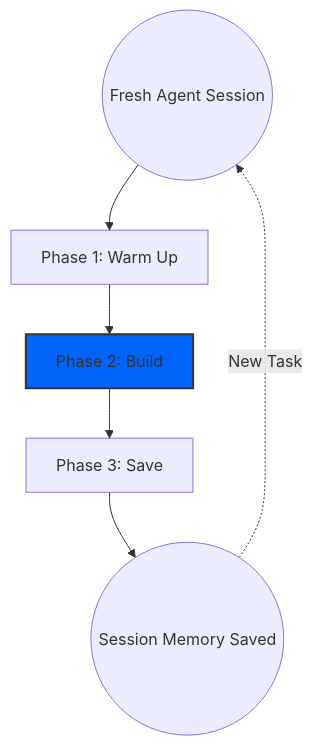
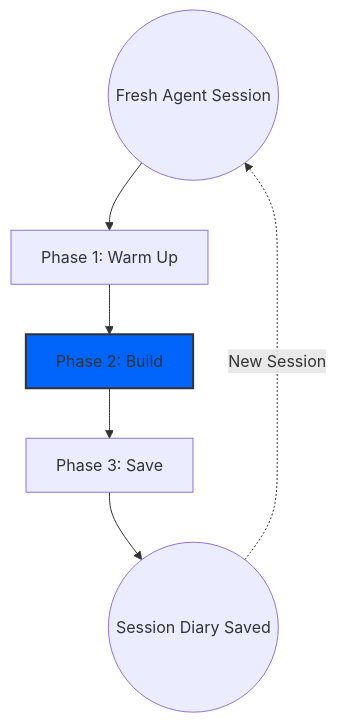
The diagram in docs/getting-started/lifecycle.md (konteks/cli), drawn with Mermaid before and after one commit. The commit also changed other lines of this file and 10 other files, not shown here.

````diff
--- a/docs/getting-started/lifecycle.md
+++ b/docs/getting-started/lifecycle.md
@@ -5,11 +7,11 @@
 ```mermaid
 graph TD
     Start((Fresh Agent Session)) --> P1[Phase 1: Warm Up]
     P1 --> P2[Phase 2: Build]
     P2 --> P3[Phase 3: Save]
-    P3 --> End((Session Memory Saved))
+    P3 --> End((Session Diary Saved))
     
-    End -.->|New Task| Start
+    End -.->|New Session| Start
 
     style P2 fill:#0165fc,stroke:#333,stroke-width:2px
 ```
````
